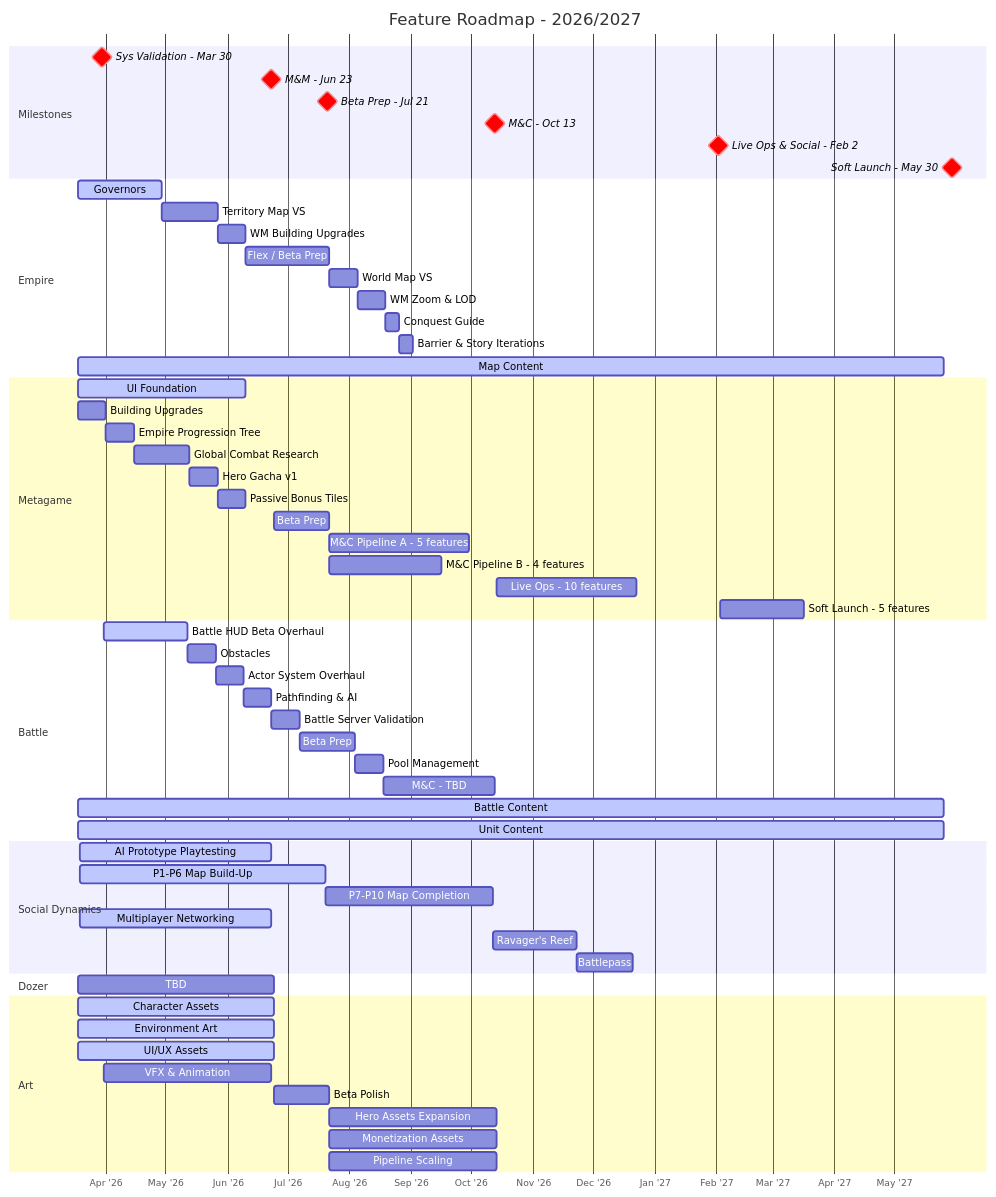
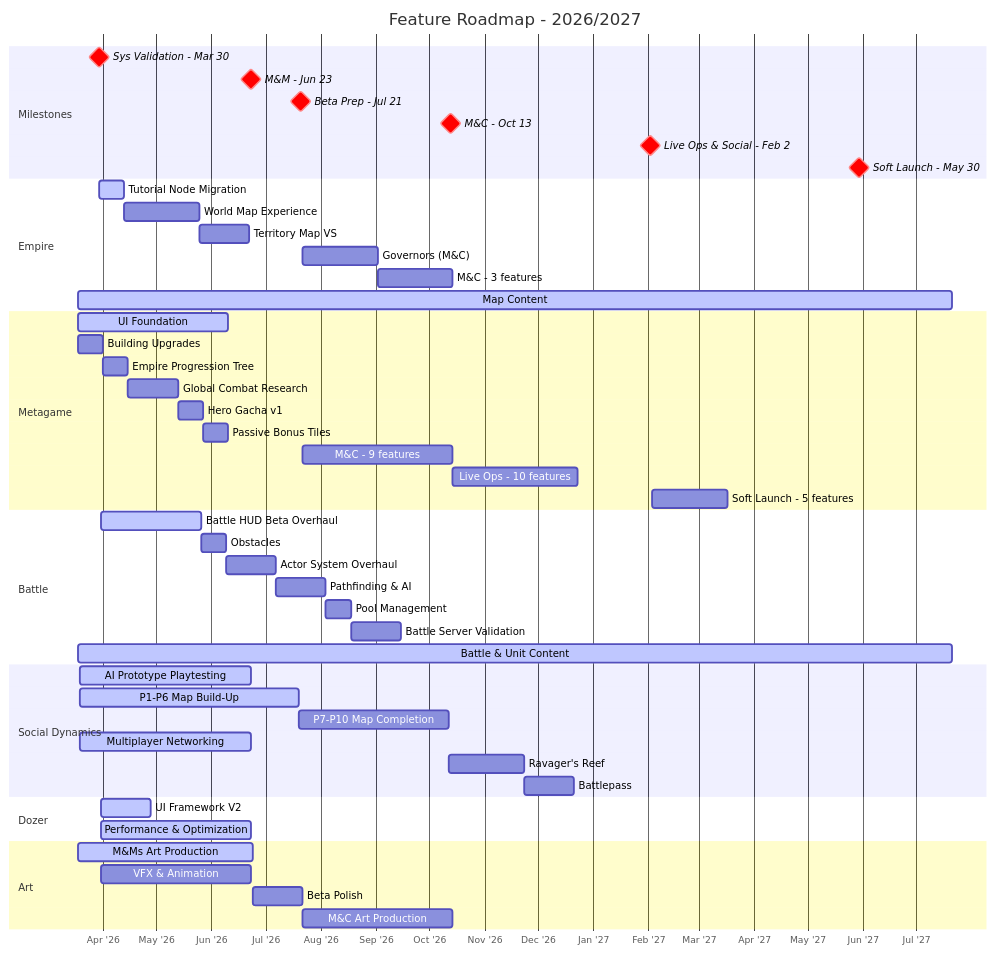
One commit to timwilliams-prod/proj-chimera-documentation-brain changed the diagram in generated/roadmap.md. Above: the diagram before and after it, drawn with Mermaid. The commit also changed other lines of this file and 2 other files, not shown here.

Commit message:
updated Roadmap and charter

````diff
--- a/generated/roadmap.md
+++ b/generated/roadmap.md
@@ -16,72 +16,61 @@
 ```mermaid
 gantt
     title Feature Roadmap - 2026/2027
     dateFormat YYYY-MM-DD
     axisFormat %b '%y
     tickInterval 1month
 
     section Milestones
     Sys Validation - Mar 30   :crit, milestone, 2026-03-30, 0d
     M&M - Jun 23              :crit, milestone, 2026-06-23, 0d
     Beta Prep - Jul 21        :crit, milestone, 2026-07-21, 0d
     M&C - Oct 13              :crit, milestone, 2026-10-13, 0d
     Live Ops & Social - Feb 2 :crit, milestone, 2027-02-02, 0d
     Soft Launch - May 30      :crit, milestone, 2027-05-30, 0d
 
     section Empire
-    Governors                 :active,  emp1, 2026-03-18, 42d
-    Territory Map VS          :         emp2, after emp1, 28d
-    WM Building Upgrades      :         emp3, after emp2, 14d
-    Flex / Beta Prep          :         emp_bp, after emp3, 42d
-    World Map VS              :         emp4, after emp_bp, 14d
-    WM Zoom & LOD             :         emp5, after emp4, 14d
-    Conquest Guide            :         emp6, after emp5, 7d
-    Barrier & Story Iterations:         emp7, after emp6, 7d
-    Map Content               :active,  emp_content, 2026-03-18, 434d
+    Tutorial Node Migration    :active,  emp1, 2026-03-30, 14d
+    World Map Experience       :         emp2, after emp1, 42d
+    Territory Map VS           :         emp3, after emp2, 28d
+    Governors (M&C)            :         emp4, 2026-07-22, 42d
+    M&C - 3 features           :         emp5, after emp4, 42d
+    Map Content                :active,  emp_content, 2026-03-18, 490d
 
     section Metagame
     UI Foundation              :active, meta_a, 2026-03-18, 84d
     Building Upgrades          :meta1, 2026-03-18, 14d
     Empire Progression Tree    :meta2, after meta1, 14d
     Global Combat Research     :meta3, after meta2, 28d
     Hero Gacha v1              :meta4, after meta3, 14d
     Passive Bonus Tiles        :meta5, after meta4, 14d
-    Beta Prep                  :meta_bp, 2026-06-24, 28d
-    M&C Pipeline A - 5 features :meta_mc1, 2026-07-22, 70d
-    M&C Pipeline B - 4 features :meta_mc2, 2026-07-22, 56d
+    M&C - 9 features           :meta_mc, 2026-07-22, 84d
     Live Ops - 10 features     :meta_lo, 2026-10-14, 70d
     Soft Launch - 5 features   :meta_sl, 2027-02-03, 42d
 
     section Battle
-    Battle HUD Beta Overhaul  :active,  bat1, 2026-03-31, 42d
-    Obstacles                 :         bat2, after bat1, 14d
-    Actor System Overhaul     :         bat3, after bat2, 14d
-    Pathfinding & AI          :         bat4, after bat3, 14d
-    Battle Server Validation  :         bat5, after bat4, 14d
-    Beta Prep                 :         bat_bp, after bat5, 28d
-    Pool Management           :         bat6, after bat_bp, 14d
-    M&C - TBD                 :         bat_mc, after bat6, 56d
-    Battle Content            :active,  bat_content, 2026-03-18, 434d
-    Unit Content              :active,  bat_units, 2026-03-18, 434d
+    Battle HUD Beta Overhaul   :active,  bat1, 2026-03-31, 56d
+    Obstacles                  :         bat2, after bat1, 14d
+    Actor System Overhaul      :         bat3, after bat2, 28d
+    Pathfinding & AI           :         bat4, after bat3, 28d
+    Pool Management            :         bat_bp, after bat4, 14d
+    Battle Server Validation   :         bat5, after bat_bp, 28d
+    Battle & Unit Content      :active,  bat_content, 2026-03-18, 490d
 
     section Social Dynamics
     AI Prototype Playtesting   :active,  soc_ai, 2026-03-19, 2026-06-23
-    P1-P6 Map Build-Up        :active,  soc1, 2026-03-19, 2026-07-20
+    P1-P6 Map Build-Up         :active,  soc1, 2026-03-19, 2026-07-20
     P7-P10 Map Completion      :         soc2, after soc1, 84d
     Multiplayer Networking     :active,  soc_net, 2026-03-19, 2026-06-23
     Ravager's Reef             :         soc_rr, after soc2, 42d
     Battlepass                 :         soc_bp, after soc_rr, 28d
 
     section Dozer
-    TBD                       :         doz1, 2026-03-18, 98d
+    UI Framework V2            :active,  doz1, 2026-03-31, 28d
+    Performance & Optimization :active,  doz2, 2026-03-31, 84d
 
     section Art
-    Character Assets          :active,  art1, 2026-03-18, 98d
-    Environment Art           :active,  art2, 2026-03-18, 98d
-    UI/UX Assets              :active,  art3, 2026-03-18, 98d
-    VFX & Animation           :         art4, 2026-03-31, 84d
-    Beta Polish               :         art_bp, 2026-06-24, 28d
-    Hero Assets Expansion     :         art5, 2026-07-22, 84d
-    Monetization Assets       :         art6, 2026-07-22, 84d
-    Pipeline Scaling          :         art7, 2026-07-22, 84d
+    M&Ms Art Production        :active,  art1, 2026-03-18, 98d
+    VFX & Animation            :         art4, 2026-03-31, 84d
+    Beta Polish                :         art_bp, 2026-06-24, 28d
+    M&C Art Production         :         art5, 2026-07-22, 84d
 ```
````
